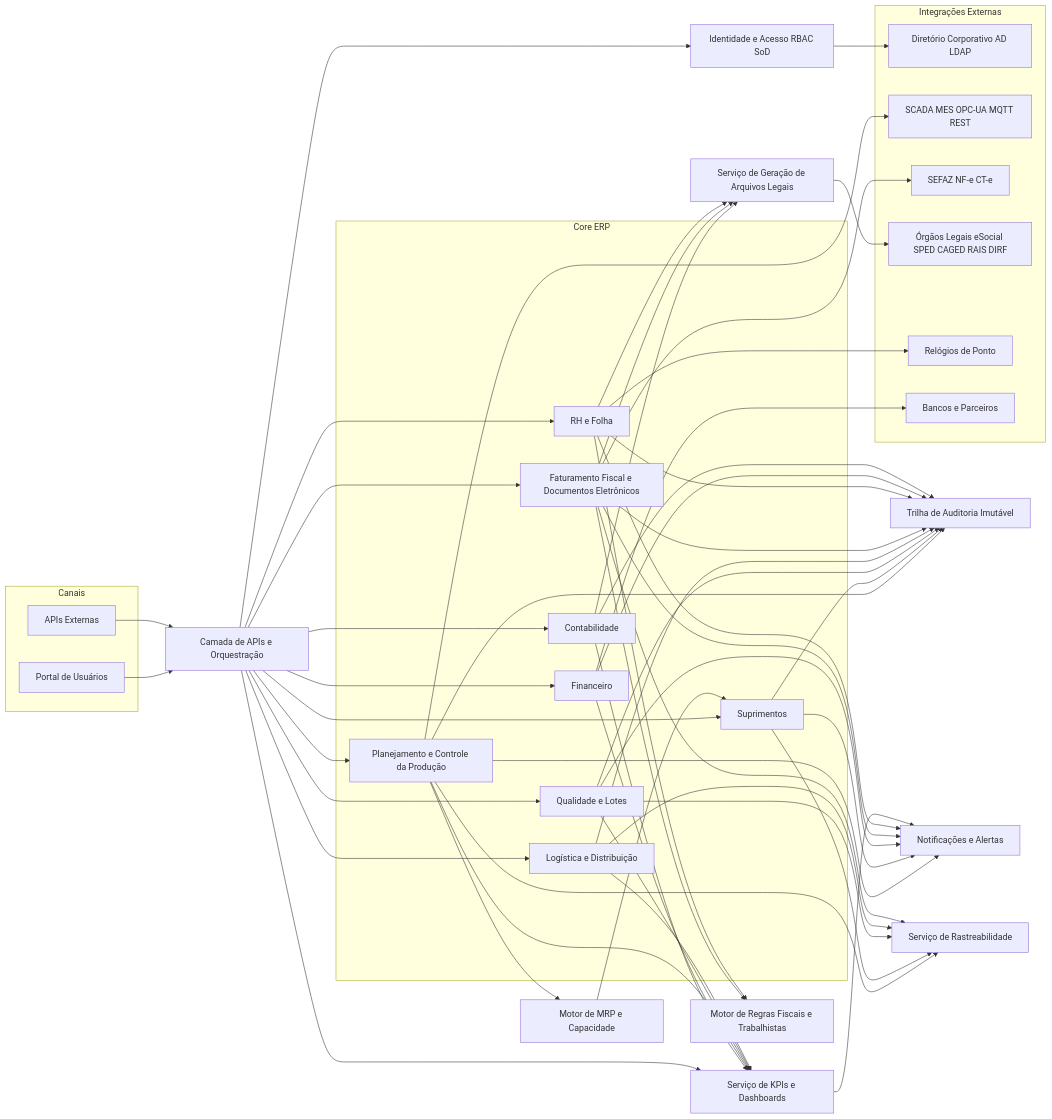
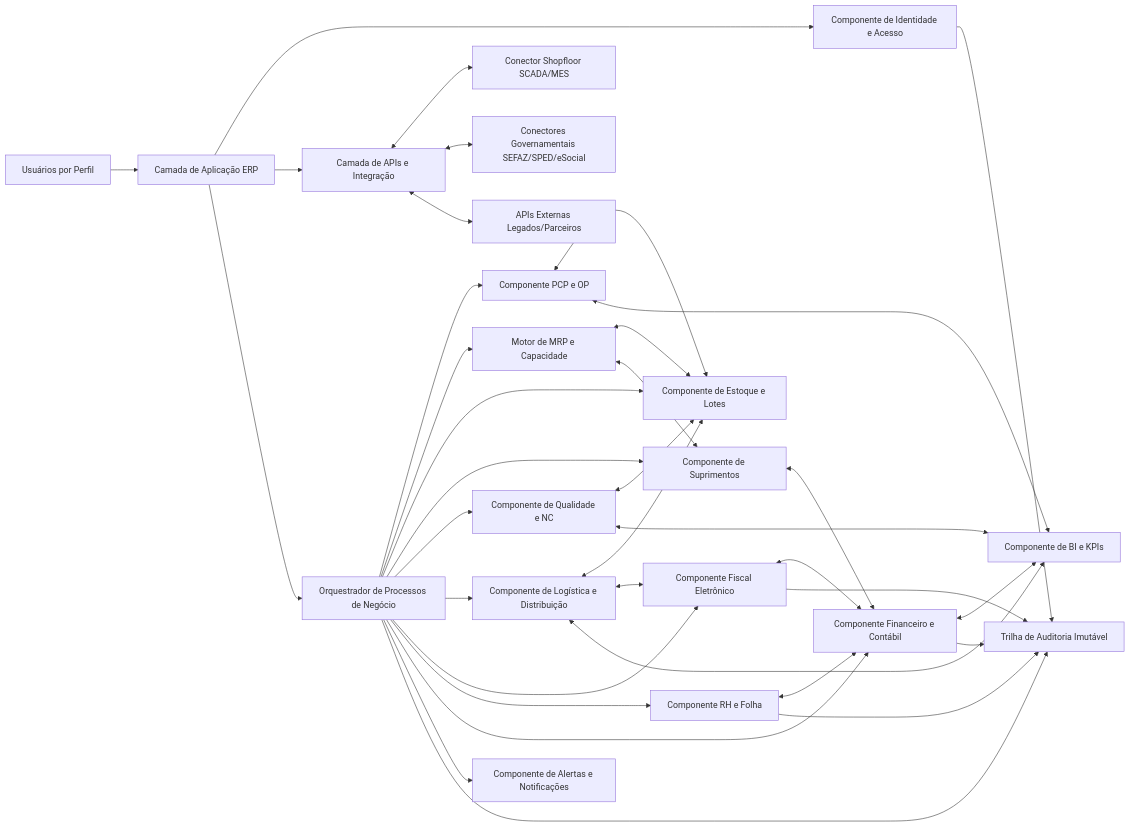
Before and after one commit to PDC-ESIA/AI4ES: the first of 3 diagrams in docs/Time_2_Design/analise-qualitativa/outputs/relatorio_gpt_5_3_codex_G03.md, drawn with Mermaid. The commit also changed other lines of this file and 107 other files, not shown here.

````diff
--- a/docs/Time_2_Design/analise-qualitativa/outputs/relatorio_gpt_5_3_codex_G03.md
+++ b/docs/Time_2_Design/analise-qualitativa/outputs/relatorio_gpt_5_3_codex_G03.md
@@ -26,95 +34,43 @@
 ```mermaid
 flowchart LR
-    subgraph Canais
-        WEB[Portal de Usuários]
-        APIEXT[APIs Externas]
-    end
+    U[Usuários por Perfil] --> UI[Camada de Aplicação ERP]
 
-    GATE[Camada de APIs e Orquestração]
-    IAM[Identidade e Acesso RBAC SoD]
-    AUDIT[Trilha de Auditoria Imutável]
-    NOTIF[Notificações e Alertas]
+    UI --> IAM[Componente de Identidade e Acesso]
+    UI --> API[Camada de APIs e Integração]
+    UI --> ORQ[Orquestrador de Processos de Negócio]
 
-    subgraph Core ERP
-        PCP[Planejamento e Controle da Produção]
-        SUP[Suprimentos]
-        QLT[Qualidade e Lotes]
-        LOG[Logística e Distribuição]
-        FIS[Faturamento Fiscal e Documentos Eletrônicos]
-        RH[RH e Folha]
-        FIN[Financeiro]
-        CONT[Contabilidade]
-    end
+    ORQ --> PCP[Componente PCP e OP]
+    ORQ --> MRP[Motor de MRP e Capacidade]
+    ORQ --> EST[Componente de Estoque e Lotes]
+    ORQ --> SUP[Componente de Suprimentos]
+    ORQ --> QLT[Componente de Qualidade e NC]
+    ORQ --> LOG[Componente de Logística e Distribuição]
+    ORQ --> FIS[Componente Fiscal Eletrônico]
+    ORQ --> RH[Componente RH e Folha]
+    ORQ --> FIN[Componente Financeiro e Contábil]
 
-    MRP[Motor de MRP e Capacidade]
-    KPI[Serviço de KPIs e Dashboards]
-    RULES[Motor de Regras Fiscais e Trabalhistas]
-    TRACE[Serviço de Rastreabilidade]
-    DOCS[Serviço de Geração de Arquivos Legais]
+    API <--> SHOP[Conector Shopfloor SCADA/MES]
+    API <--> GOV[Conectores Governamentais SEFAZ/SPED/eSocial]
+    API <--> EXT[APIs Externas Legados/Parceiros]
 
-    subgraph Integrações Externas
-        AD[Diretório Corporativo AD LDAP]
-        SCADA[SCADA MES OPC-UA MQTT REST]
-        SEFAZ[SEFAZ NF-e CT-e]
-        ORGAOS[Órgãos Legais eSocial SPED CAGED RAIS DIRF]
-        CLOCK[Relógios de Ponto]
-        BANK[Bancos e Parceiros]
-    end
+    PCP <--> EST
+    MRP <--> EST
+    MRP <--> SUP
+    QLT <--> EST
+    LOG <--> EST
+    LOG <--> FIS
+    FIS <--> FIN
+    RH <--> FIN
+    SUP <--> FIN
+    PCP <--> BI[Componente de BI e KPIs]
+    FIN <--> BI
+    QLT <--> BI
+    LOG <--> BI
 
-    WEB --> GATE
-    APIEXT --> GATE
-
-    GATE --> IAM
-    GATE --> PCP
-    GATE --> SUP
-    GATE --> QLT
-    GATE --> LOG
-    GATE --> FIS
-    GATE --> RH
-    GATE --> FIN
-    GATE --> CONT
-    GATE --> KPI
-
-    PCP --> MRP
-    MRP --> SUP
-    PCP --> TRACE
-    SUP --> TRACE
-    QLT --> TRACE
-    LOG --> TRACE
-    FIS --> TRACE
-
-    FIS --> RULES
-    RH --> RULES
-    CONT --> DOCS
-    FIS --> DOCS
-    RH --> DOCS
-
-    PCP --> SCADA
-    RH --> CLOCK
-    IAM --> AD
-    FIS --> SEFAZ
-    DOCS --> ORGAOS
-    FIN --> BANK
-
-    PCP --> AUDIT
-    SUP --> AUDIT
-    QLT --> AUDIT
-    LOG --> AUDIT
-    FIS --> AUDIT
-    RH --> AUDIT
-    FIN --> AUDIT
-    CONT --> AUDIT
-
-    PCP --> NOTIF
-    SUP --> NOTIF
-    QLT --> NOTIF
-    FIS --> NOTIF
-    RH --> NOTIF
-    KPI --> NOTIF
-
-    CONT --> KPI
-    FIN --> KPI
-    PCP --> KPI
-    QLT --> KPI
-    LOG --> KPI
+    ORQ --> NTF[Componente de Alertas e Notificações]
+    IAM --> AUD[Trilha de Auditoria Imutável]
+    ORQ --> AUD
+    FIS --> AUD
+    RH --> AUD
+    FIN --> AUD
 ```
````
